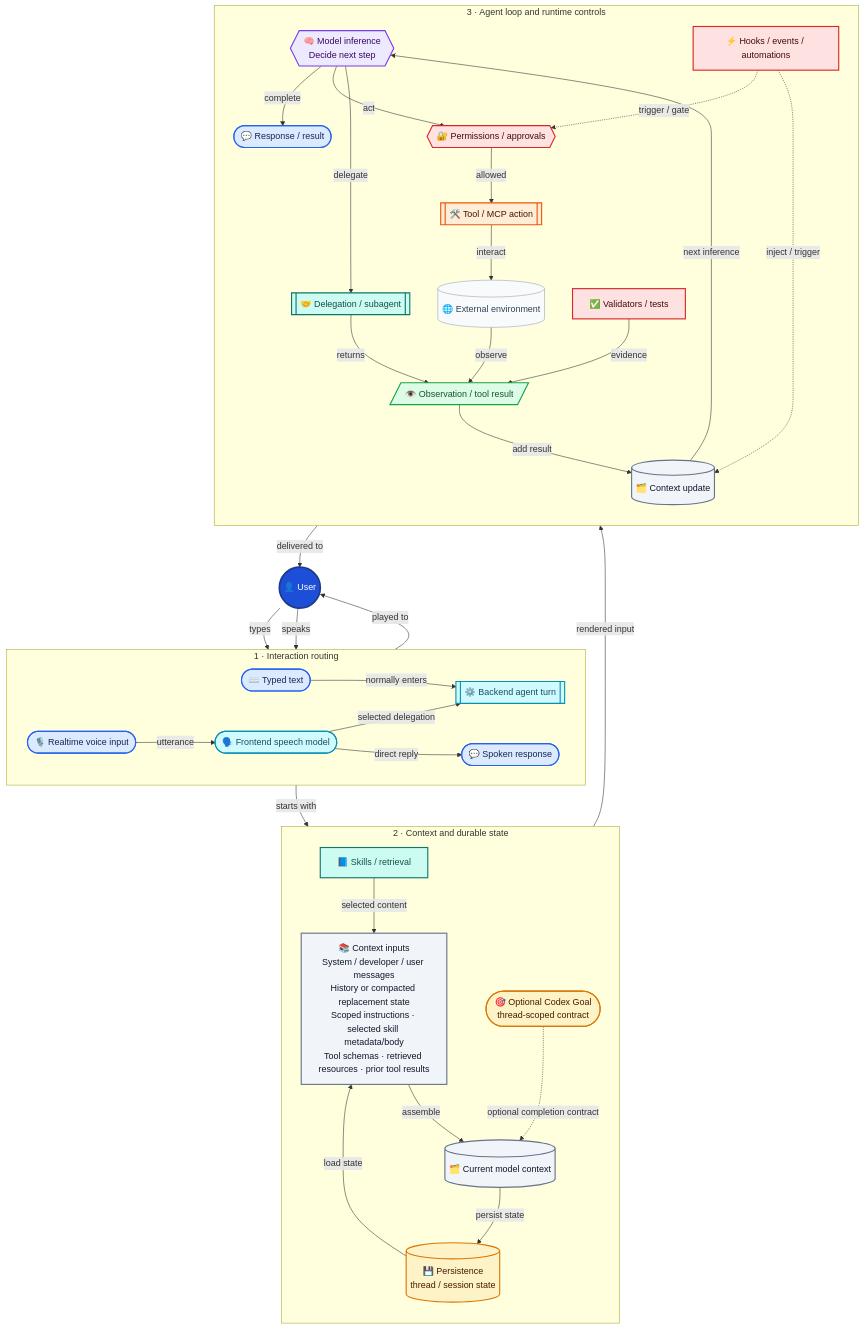
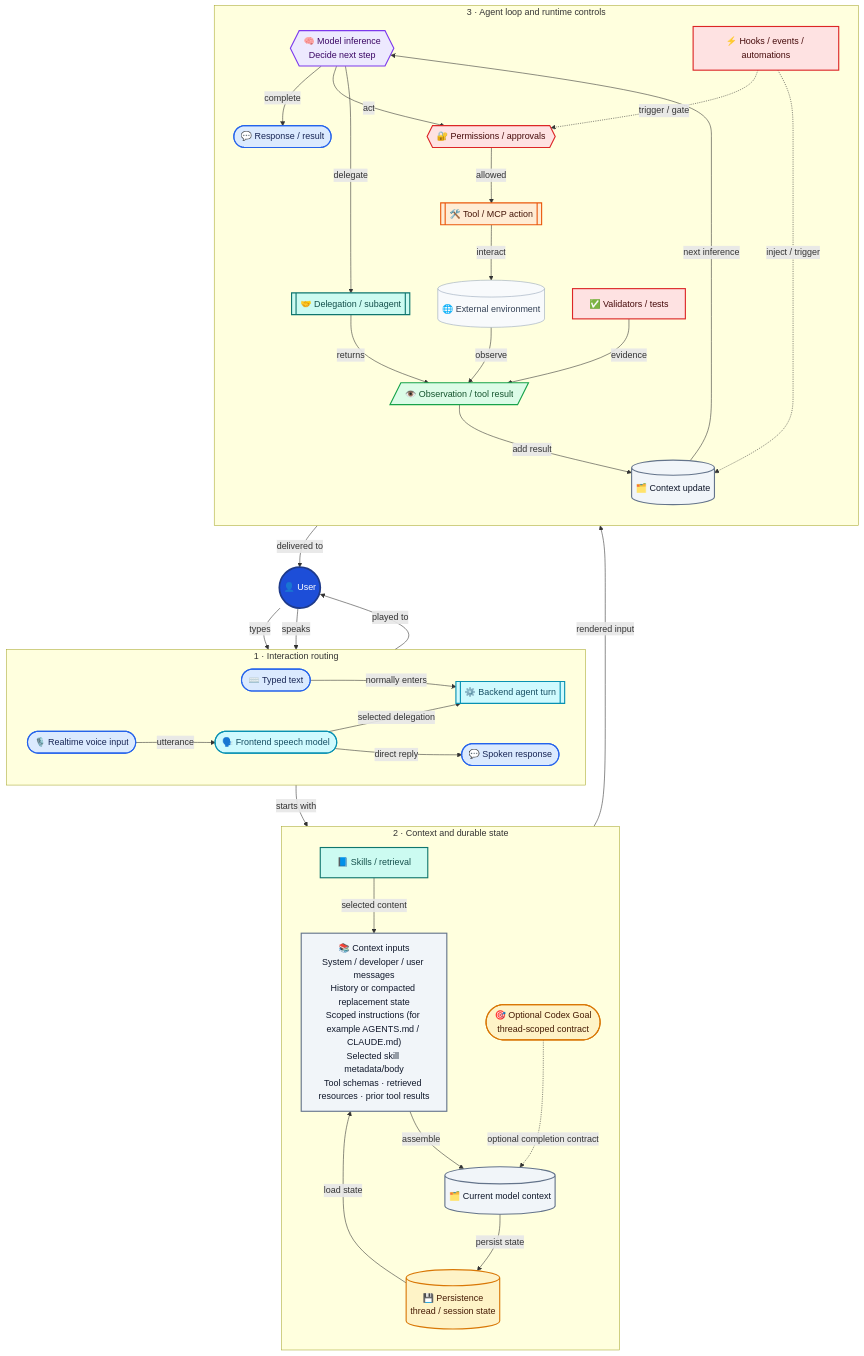
Before and after one commit to ArthurZakirov/SystemSmith: the second of 2 diagrams in skills/engineer-agentic-ai/references/agent-runtime-model.md, drawn with Mermaid. The commit also changed other lines of this file, not shown here.

Commit message:
docs: clarify backend instruction context

```diff
--- a/skills/engineer-agentic-ai/references/agent-runtime-model.md
+++ b/skills/engineer-agentic-ai/references/agent-runtime-model.md
@@ -74,7 +74,7 @@
 
     subgraph CONTEXT["2 · Context and durable state"]
         direction TB
-        INPUTS["📚 Context inputs<br/>System / developer / user messages<br/>History or compacted replacement state<br/>Scoped instructions · selected skill metadata/body<br/>Tool schemas · retrieved resources · prior tool results"]
+        INPUTS["📚 Context inputs<br/>System / developer / user messages<br/>History or compacted replacement state<br/>Scoped instructions (for example AGENTS.md / CLAUDE.md)<br/>Selected skill metadata/body<br/>Tool schemas · retrieved resources · prior tool results"]
         CURRENT[(🗂️ Current model context)]
         SKILLS["📘 Skills / retrieval"]
         PERSIST[(💾 Persistence<br/>thread / session state)]
```
